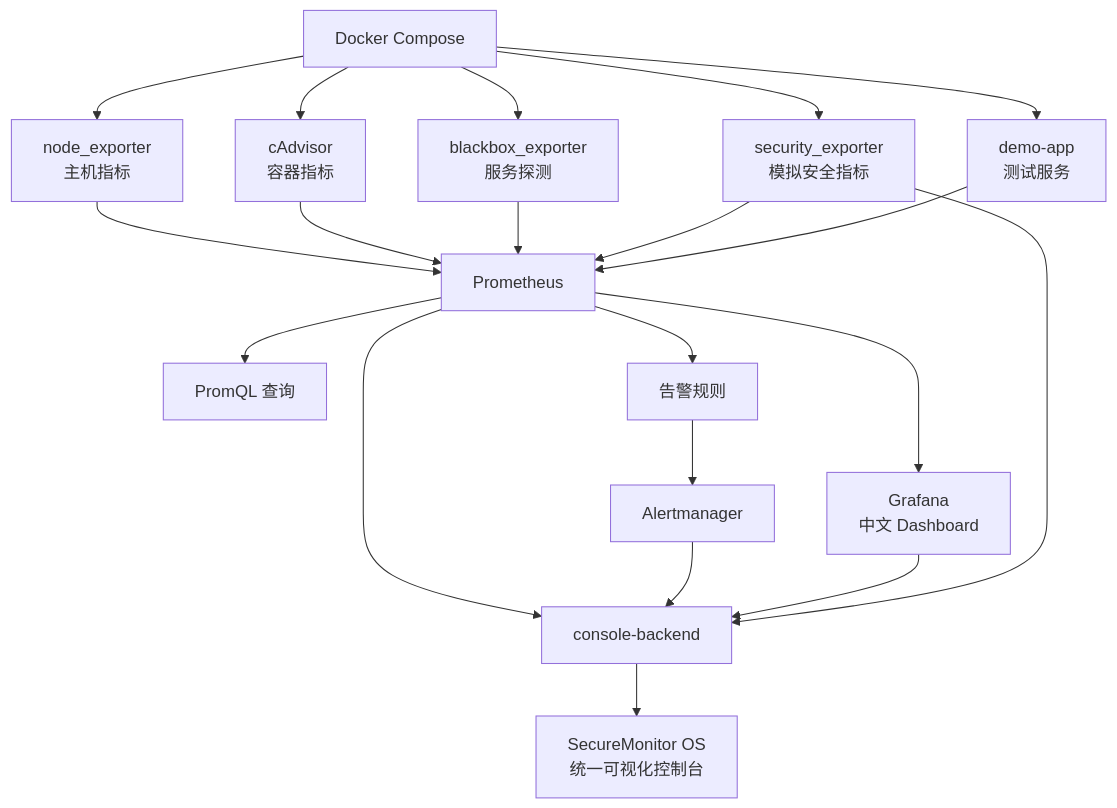
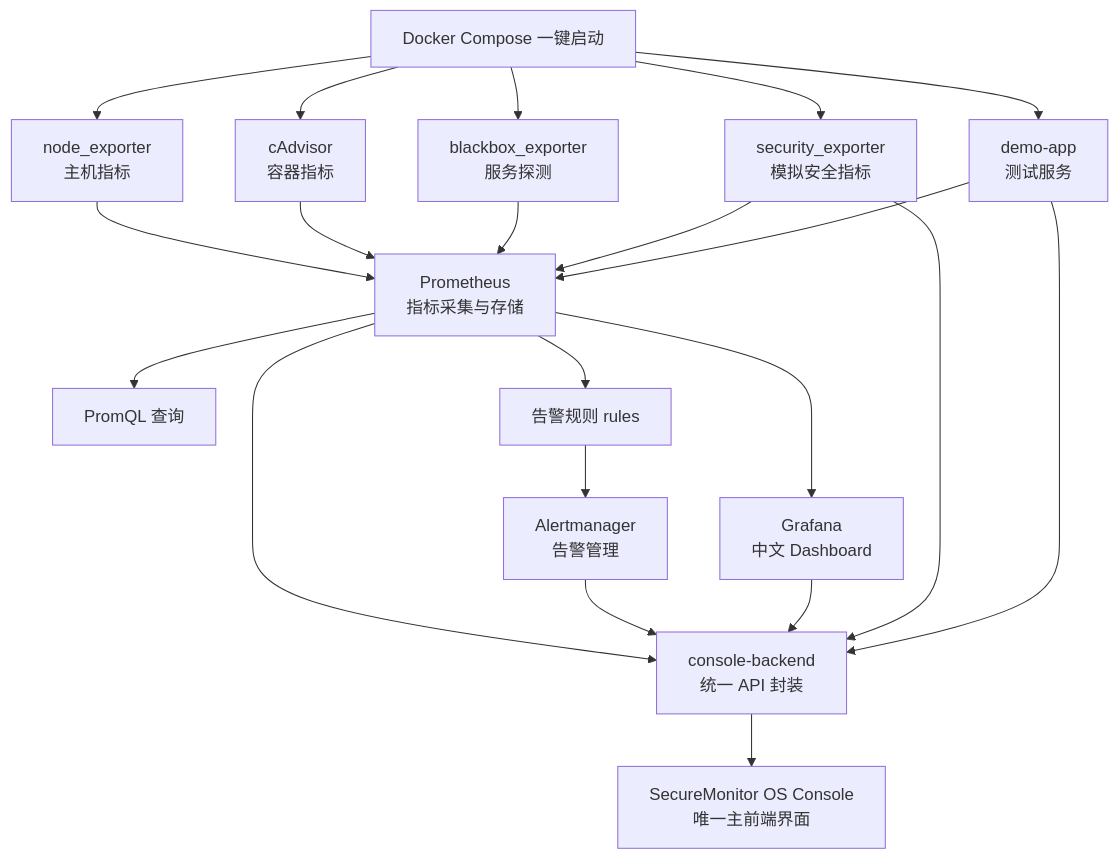
One commit to ylj114514/secure-monitor changed the diagram in README.md. Above: the diagram before and after it, drawn with Mermaid. The commit also changed other lines of this file, not shown here.

Commit message:
Expand README with console guide and test flow

````diff
--- a/README.md
+++ b/README.md
@@ -67,26 +94,27 @@
 ```mermaid
 flowchart TD
-    A["Docker Compose"] --> B["node_exporter<br/>主机指标"]
+    A["Docker Compose 一键启动"] --> B["node_exporter<br/>主机指标"]
     A --> C["cAdvisor<br/>容器指标"]
     A --> D["blackbox_exporter<br/>服务探测"]
     A --> E["security_exporter<br/>模拟安全指标"]
     A --> F["demo-app<br/>测试服务"]
 
-    B --> G["Prometheus"]
+    B --> G["Prometheus<br/>指标采集与存储"]
     C --> G
     D --> G
     E --> G
     F --> G
 
     G --> H["PromQL 查询"]
-    G --> I["告警规则"]
-    I --> J["Alertmanager"]
+    G --> I["告警规则 rules"]
+    I --> J["Alertmanager<br/>告警管理"]
 
     G --> K["Grafana<br/>中文 Dashboard"]
-    G --> L["console-backend"]
+    G --> L["console-backend<br/>统一 API 封装"]
     J --> L
     K --> L
     E --> L
+    F --> L
 
-    L --> M["SecureMonitor OS<br/>统一可视化控制台"]
+    L --> M["SecureMonitor OS Console<br/>唯一主前端界面"]
 ```
````
